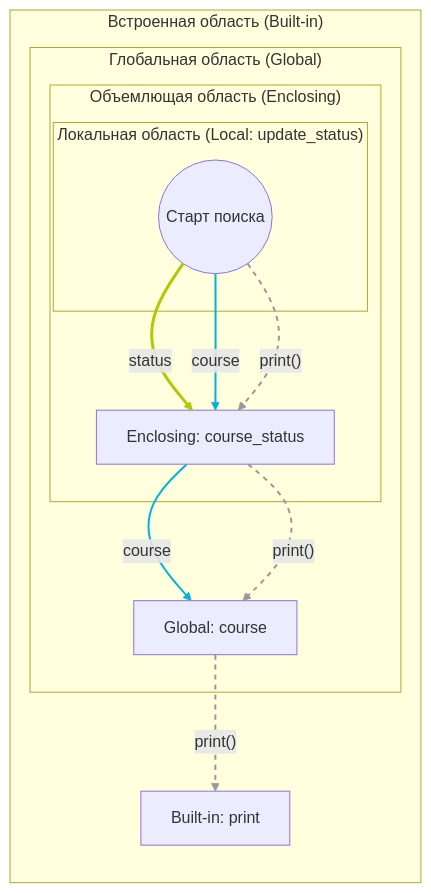
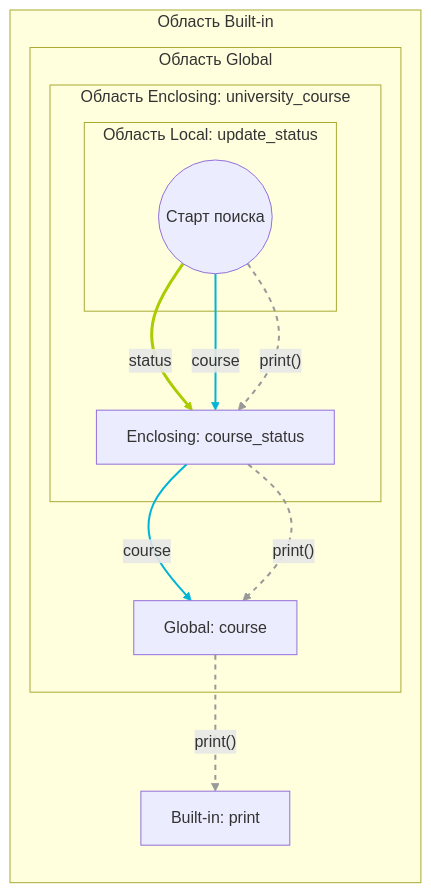
The diagram in solutions/lab_3/README.md (lizrd3352/labs_fop), drawn with Mermaid before and after one commit.

````diff
--- a/solutions/lab_3/README.md
+++ b/solutions/lab_3/README.md
@@ -280,32 +280,32 @@
 ```mermaid
 graph LR
-    subgraph Built_in ["Встроенная область (Built-in)"]
+    subgraph Built_in ["Область Built-in"]
         PRINT[Built-in: print]
         
-        subgraph Global ["Глобальная область (Global)"]
+        subgraph Global ["Область Global"]
             COURSE[Global: course]
             
-            subgraph Enclosing ["Объемлющая область (Enclosing)"]
+            subgraph Enclosing ["Область Enclosing: university_course"]
                 STATUS[Enclosing: course_status]
                 
-                subgraph Local ["Локальная область (Local: update_status)"]
+                subgraph Local ["Область Local: update_status"]
                     START((Старт поиска))
                 end
             end
         end
     end
 
     
     START -- "status" --> STATUS
     
     START -- "course" --> STATUS
     STATUS -- "course" --> COURSE
     
     START -. "print()" .-> STATUS
     STATUS -. "print()" .-> COURSE
     COURSE -. "print()" .-> PRINT
     
     linkStyle 0 stroke:#aacc00,stroke-width:3px;
     linkStyle 1,2 stroke:#00b4d8,stroke-width:2px;
     linkStyle 3,4,5 stroke:#999999,stroke-width:2px,stroke-dasharray: 5 5;
 ```
````
